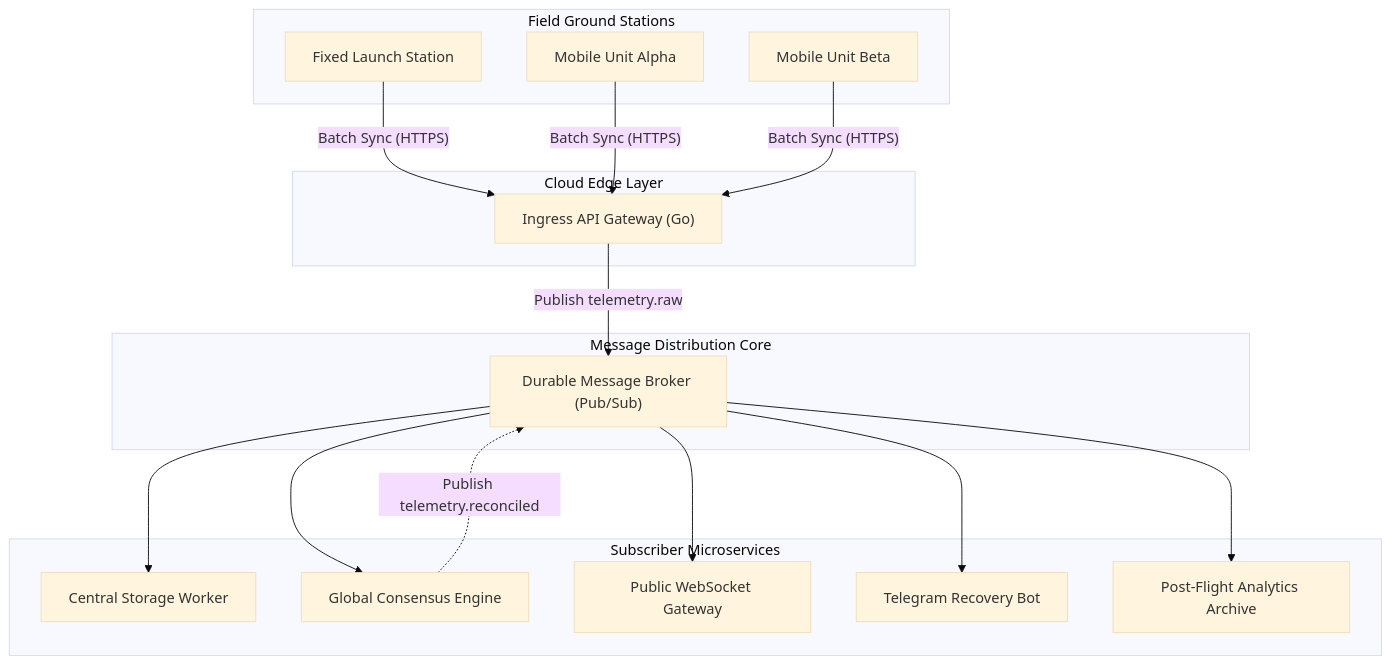
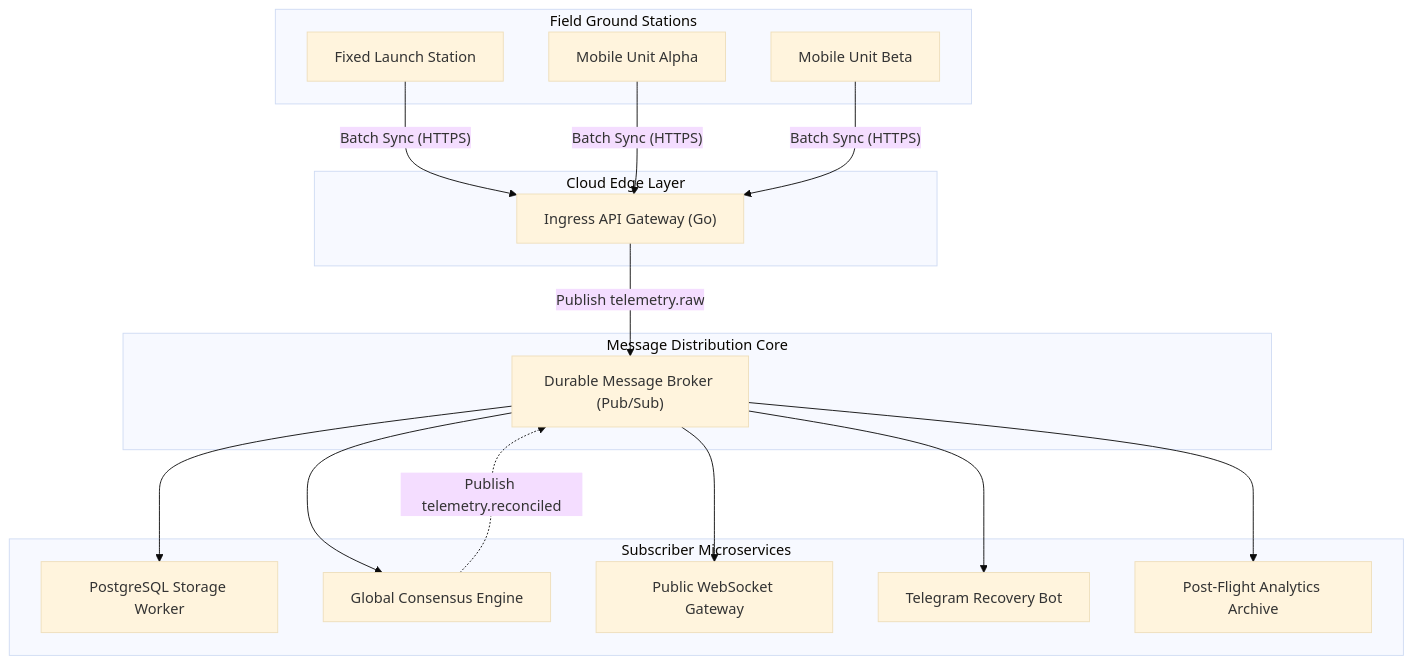
One commit to serendib-hab/serendib-docs changed the diagram in cloud-platform/index.md. Above: the diagram before and after it, drawn with Mermaid (base theme). The commit also changed other lines of this file and 2 other files, not shown here.

Commit message:
docs: formalize PostgreSQL infrastructure documentation and provide DDL schema specifications

````diff
--- a/cloud-platform/index.md
+++ b/cloud-platform/index.md
@@ -7,35 +7,35 @@
 ```mermaid
 flowchart TB
     subgraph Stations ["Field Ground Stations"]
         S1["Fixed Launch Station"]
         S2["Mobile Unit Alpha"]
         S3["Mobile Unit Beta"]
     end
 
     subgraph IngressTier ["Cloud Edge Layer"]
         ING["Ingress API Gateway (Go)"]
     end
 
     subgraph BrokerTier ["Message Distribution Core"]
         BROKER["Durable Message Broker (Pub/Sub)"]
     end
 
     subgraph ServiceTier ["Subscriber Microservices"]
-        DB_SUB["Central Storage Worker"]
+        DB_SUB["PostgreSQL Storage Worker"]
         REC_SUB["Global Consensus Engine"]
         WS_SUB["Public WebSocket Gateway"]
         BOT_SUB["Telegram Recovery Bot"]
         ARCH_SUB["Post-Flight Analytics Archive"]
     end
 
     S1 -->|"Batch Sync (HTTPS)"| ING
     S2 -->|"Batch Sync (HTTPS)"| ING
     S3 -->|"Batch Sync (HTTPS)"| ING
     ING -->|Publish telemetry.raw| BROKER
     BROKER --> DB_SUB
     BROKER --> REC_SUB
     BROKER --> WS_SUB
     BROKER --> BOT_SUB
     BROKER --> ARCH_SUB
     REC_SUB -.->|Publish telemetry.reconciled| BROKER
 ```
````
